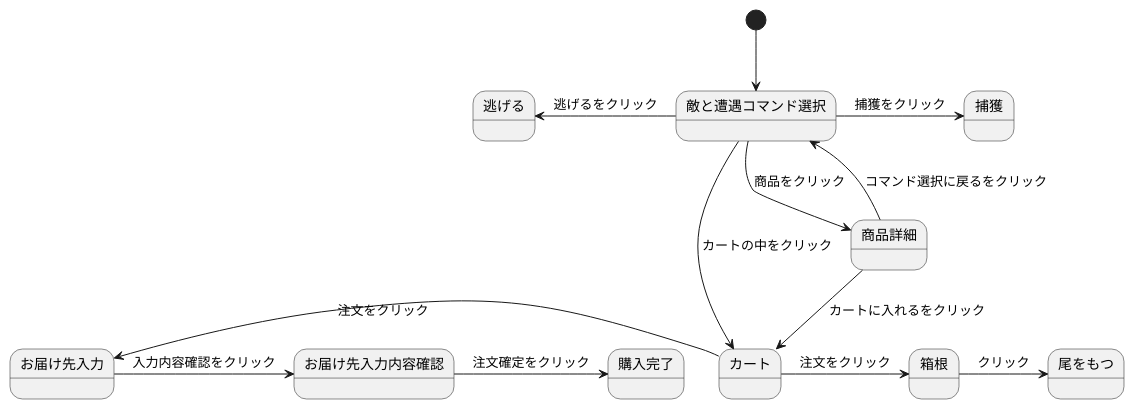
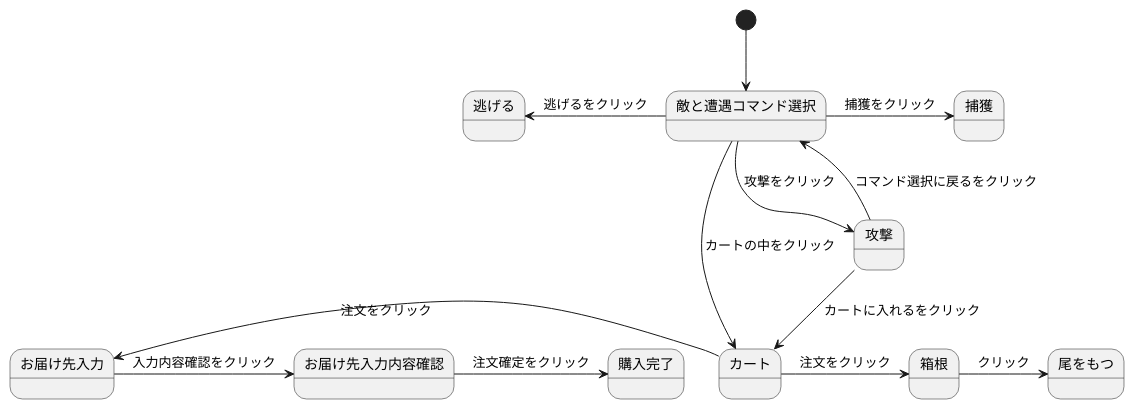
The diagram in stm01.md (Aso2001196/2021sys-design), drawn with PlantUML before and after one commit.

````diff
--- a/stm01.md
+++ b/stm01.md
@@ -1,16 +1,16 @@
 ```uml
 @startuml
 [*]--> 敵と遭遇コマンド選択
 敵と遭遇コマンド選択 -> 捕獲 : 捕獲をクリック
 敵と遭遇コマンド選択-left-> 逃げる : 逃げるをクリック
-敵と遭遇コマンド選択--> 商品詳細 : 商品をクリック
+敵と遭遇コマンド選択--> 攻撃 : 攻撃をクリック
 敵と遭遇コマンド選択--> カート : カートの中をクリック
-商品詳細 --> カート : カートに入れるをクリック
-商品詳細 --> 敵と遭遇コマンド選択: コマンド選択に戻るをクリック
+攻撃 --> カート : カートに入れるをクリック
+攻撃 --> 敵と遭遇コマンド選択: コマンド選択に戻るをクリック
 カート -> 箱根 : 注文をクリック
 箱根 -> 尾をもつ : クリック
 カート -left-> お届け先入力 : 注文をクリック
 お届け先入力 -> お届け先入力内容確認 : 入力内容確認をクリック
 お届け先入力内容確認 -> 購入完了 : 注文確定をクリック
 @enduml
 ```
````
